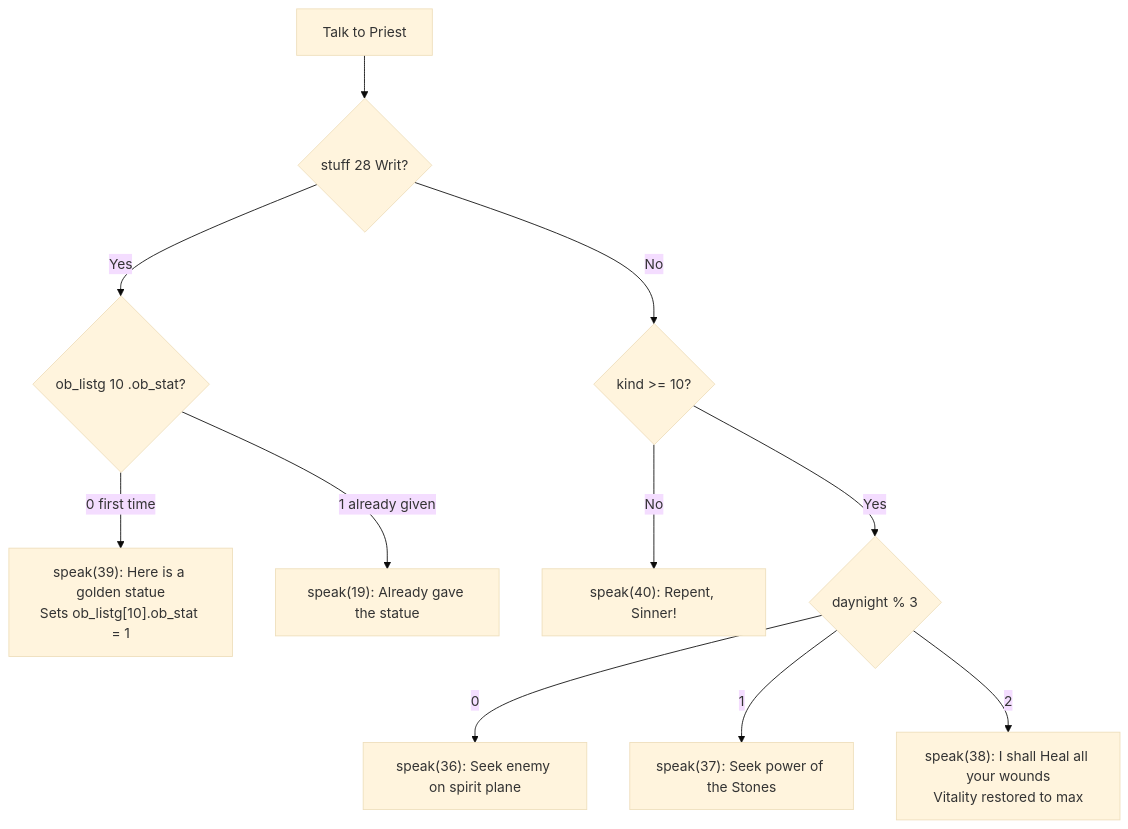
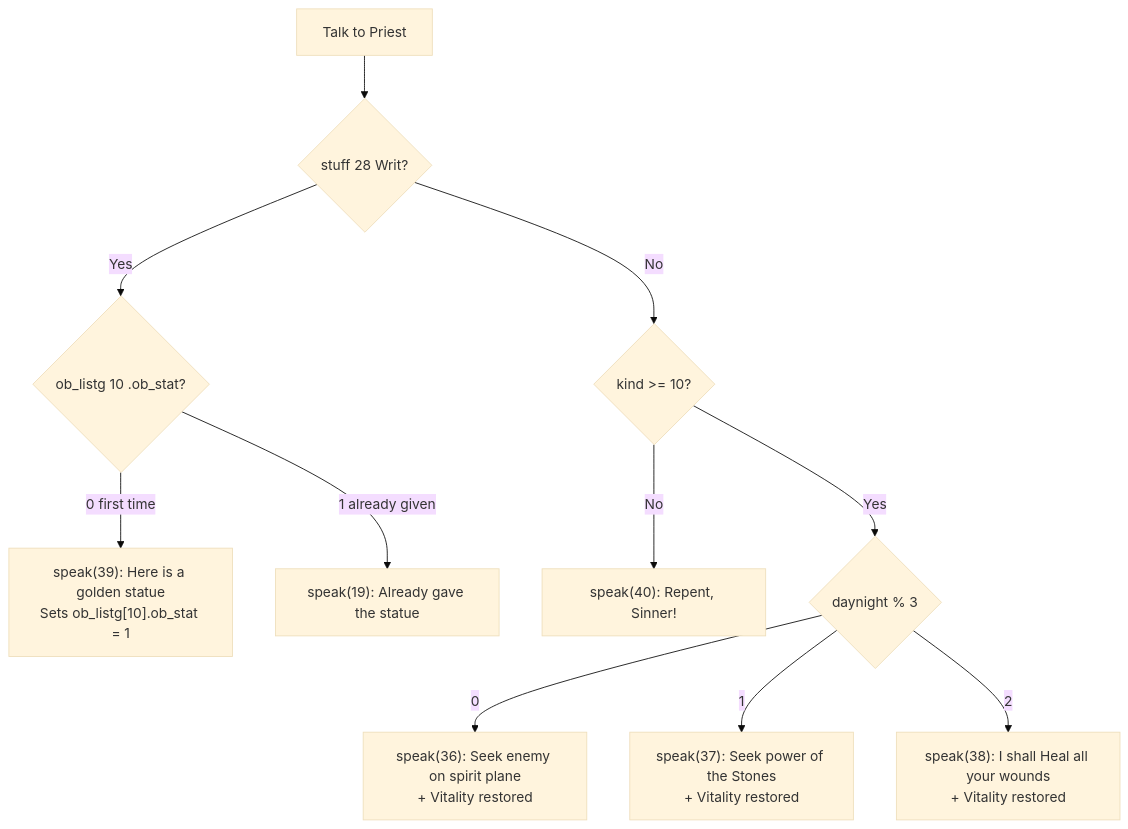
The third of 24 diagrams in docs/STORYLINE.md (bacomatic/faery-tale-rs), drawn with Mermaid (base theme) before and after one commit. The commit also changed other lines of this file and 6 other files, not shown here.

````diff
--- a/docs/STORYLINE.md
+++ b/docs/STORYLINE.md
@@ -153,13 +216,13 @@
 ```mermaid
 flowchart TD
     TALK_PRIEST[Talk to Priest] --> HAS_WRIT{stuff 28 Writ?}
     HAS_WRIT -->|Yes| ALREADY_GIVEN{ob_listg 10 .ob_stat?}
     ALREADY_GIVEN -->|0 first time| S39["speak(39): Here is a golden statue<br>Sets ob_listg[10].ob_stat = 1"]
     ALREADY_GIVEN -->|1 already given| S19["speak(19): Already gave the statue"]
     HAS_WRIT -->|No| KIND_CHECK2{kind >= 10?}
     KIND_CHECK2 -->|No| S40["speak(40): Repent, Sinner!"]
     KIND_CHECK2 -->|Yes| ROTATE{daynight % 3}
-    ROTATE -->|0| S36["speak(36): Seek enemy on spirit plane"]
-    ROTATE -->|1| S37["speak(37): Seek power of the Stones"]
-    ROTATE -->|2| S38["speak(38): I shall Heal all your wounds<br>Vitality restored to max"]
+    ROTATE -->|0| S36["speak(36): Seek enemy on spirit plane<br>+ Vitality restored"]
+    ROTATE -->|1| S37["speak(37): Seek power of the Stones<br>+ Vitality restored"]
+    ROTATE -->|2| S38["speak(38): I shall Heal all your wounds<br>+ Vitality restored"]
 ```
````
